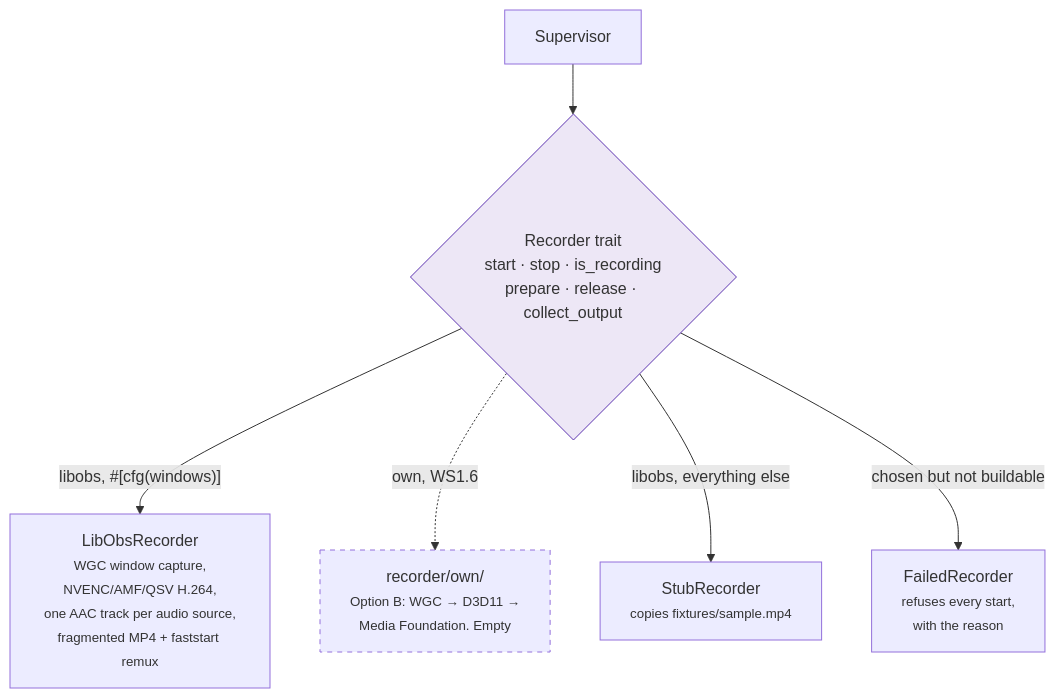
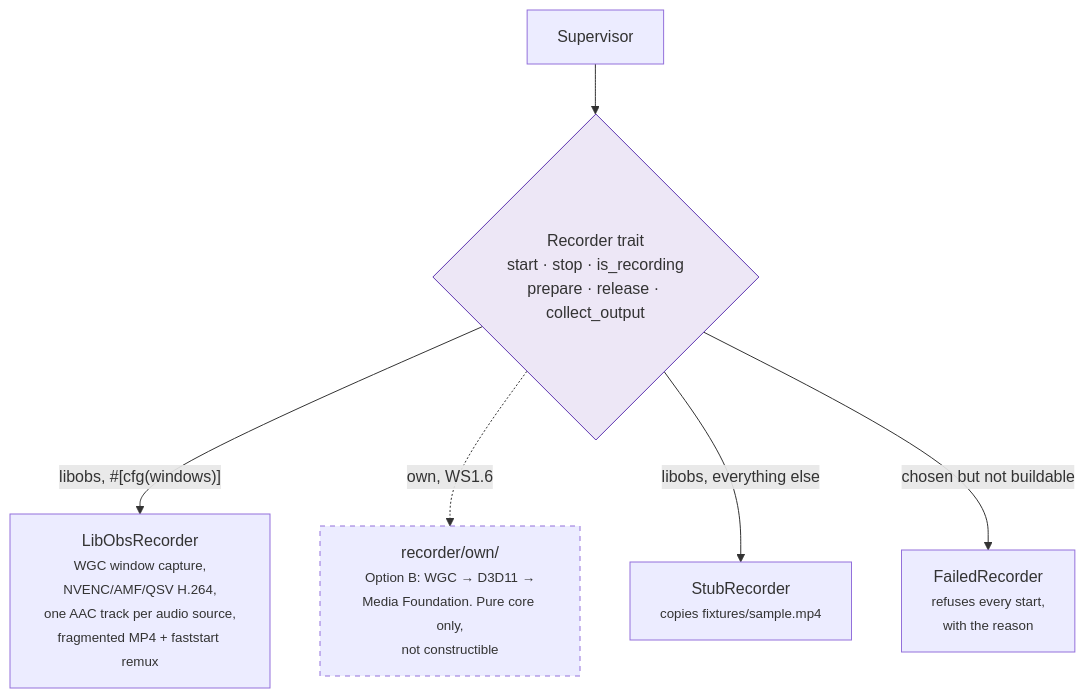
One commit to NinjaGoldfinch/ninja-recorder changed the third of 6 diagrams in docs/architecture.md. Above: the diagram before and after it, drawn with Mermaid. The commit also changed other lines of this file and 7 other files, not shown here.

First line of the commit message:
feat(recorder): build the own backend's pure core on every platform (#244)

````diff
--- a/docs/architecture.md
+++ b/docs/architecture.md
@@ -144,10 +148,10 @@
 ```mermaid
 flowchart TB
     SUP["Supervisor"] --> T{"Recorder trait<br/>start · stop · is_recording<br/>prepare · release · collect_output"}
     T -->|"libobs, #[cfg(windows)]"| L["LibObsRecorder<br/><small>WGC window capture,<br/>NVENC/AMF/QSV H.264,<br/>one AAC track per audio source,<br/>fragmented MP4 + faststart remux</small>"]
-    T -.->|"own, WS1.6"| O["recorder/own/<br/><small>Option B: WGC → D3D11 →<br/>Media Foundation. Empty</small>"]
+    T -.->|"own, WS1.6"| O["recorder/own/<br/><small>Option B: WGC → D3D11 →<br/>Media Foundation. Pure core only,<br/>not constructible</small>"]
     T -->|"libobs, everything else"| S["StubRecorder<br/><small>copies fixtures/sample.mp4</small>"]
     T -->|"chosen but not buildable"| F["FailedRecorder<br/><small>refuses every start,<br/>with the reason</small>"]
     style T fill:#ede7f6,stroke:#5e35b1
     style O stroke-dasharray: 5 5
 ```
````
